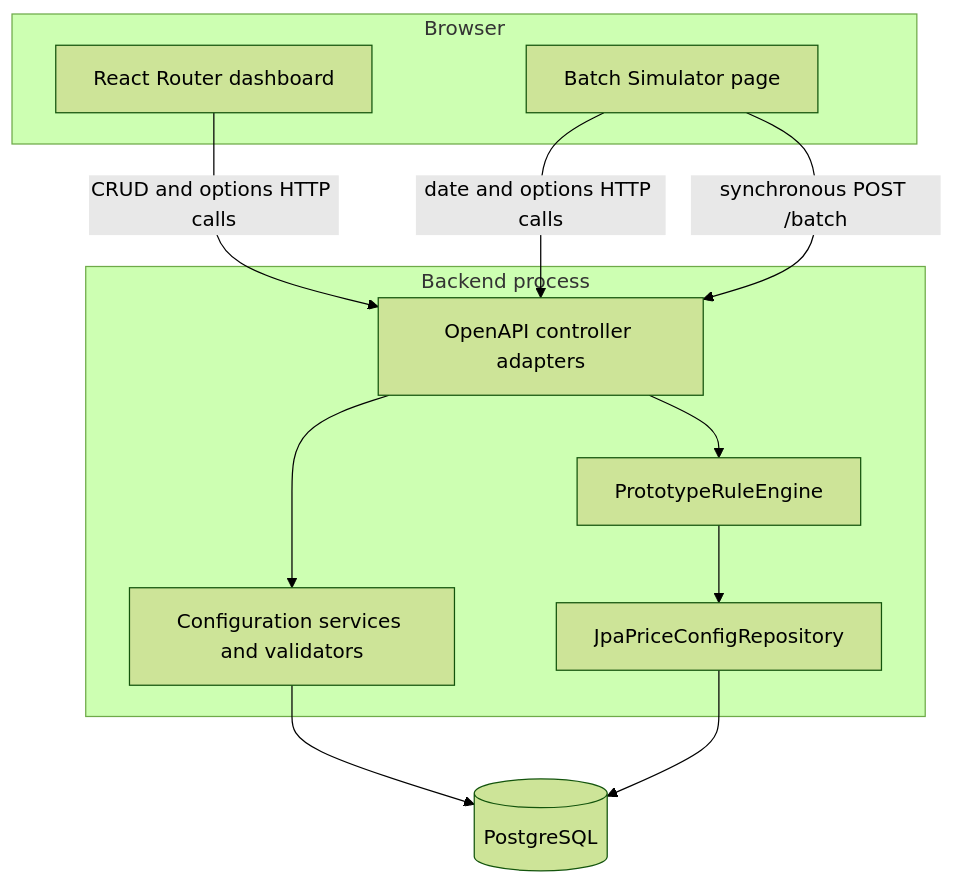
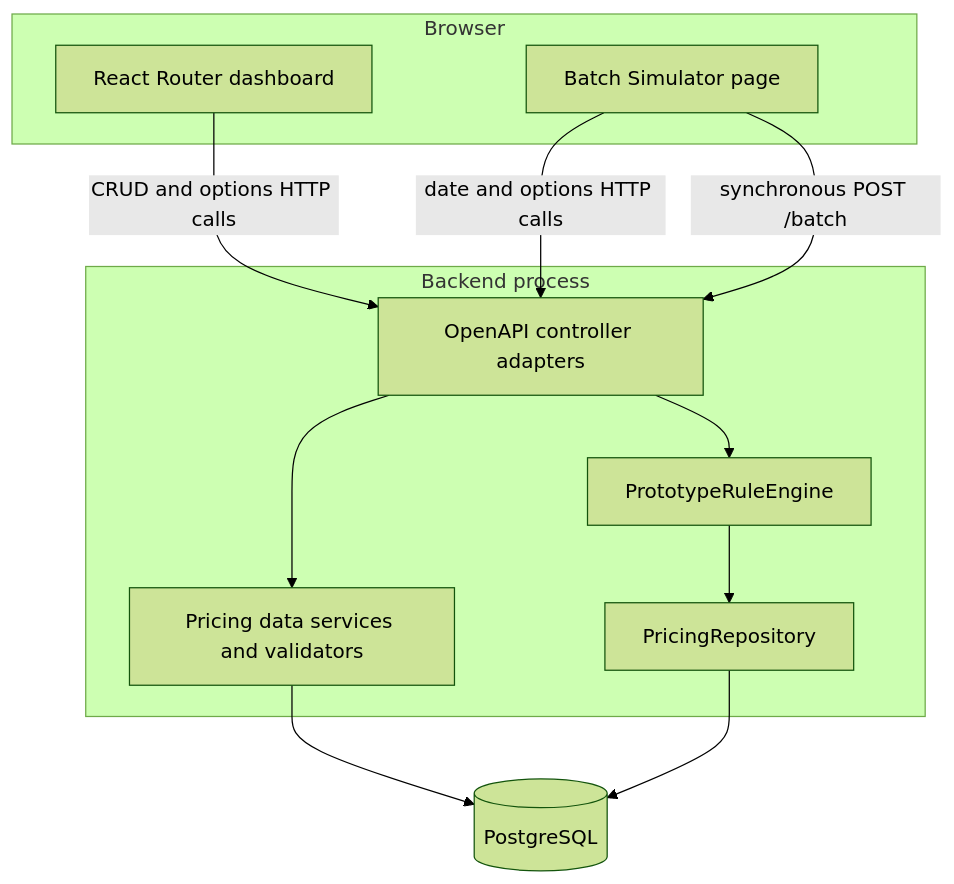
Before and after one commit to DerekThree/pricing-app: the diagram in docs/current-implementation.md, drawn with Mermaid (forest theme). The commit also changed other lines of this file and 26 other files, not shown here.

````diff
--- a/docs/current-implementation.md
+++ b/docs/current-implementation.md
@@ -32,25 +32,25 @@
 ```mermaid
 flowchart TB
     subgraph Browser
         UI[React Router dashboard]
         Simulator[Batch Simulator page]
     end
 
     subgraph Backend process
         Controllers[OpenAPI controller adapters]
-        Services[Configuration services and validators]
+        Services[Pricing data services and validators]
         Engine[PrototypeRuleEngine]
-        Adapter[JpaPriceConfigRepository]
+        Adapter[PricingRepository]
     end
 
     DB[(PostgreSQL)]
 
     UI -->|CRUD and options HTTP calls| Controllers
     Simulator -->|date and options HTTP calls| Controllers
     Simulator -->|synchronous POST /batch| Controllers
     Controllers --> Services
     Controllers --> Engine
     Services --> DB
     Engine --> Adapter
     Adapter --> DB
 ```
````
